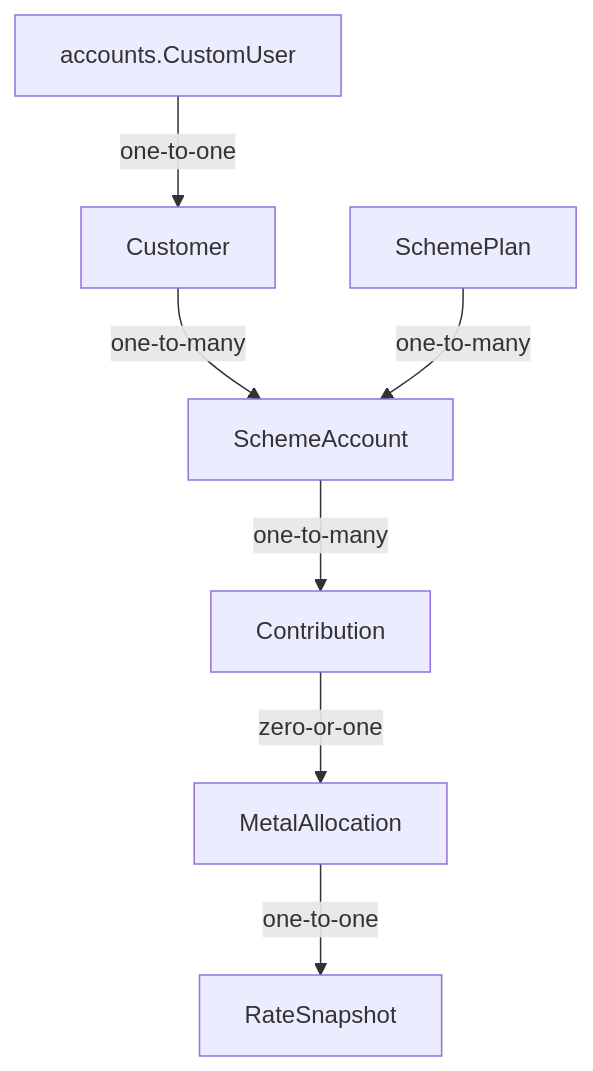
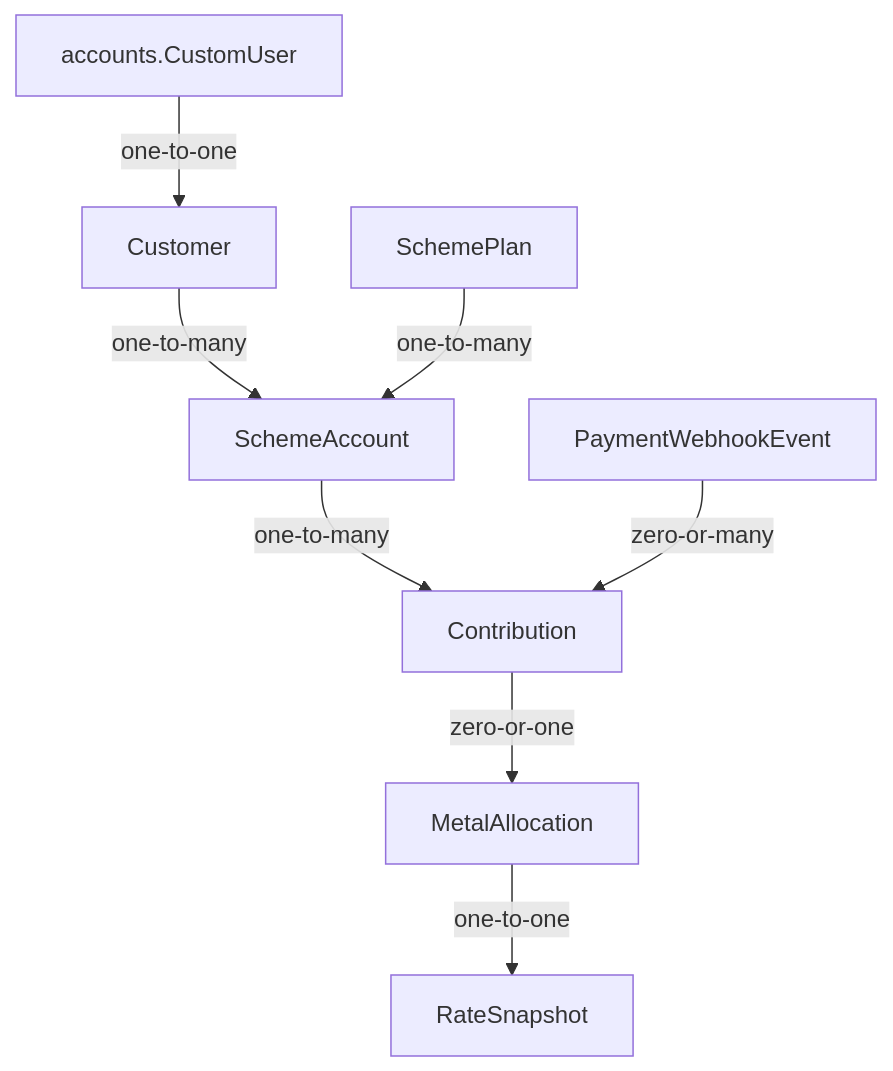
The diagram in docs/ARCHITECTURE.md (rajeshr188/jsk-ss), drawn with Mermaid before and after one commit. The commit also changed other lines of this file and 20 other files, not shown here.

````diff
--- a/docs/ARCHITECTURE.md
+++ b/docs/ARCHITECTURE.md
@@ -15,9 +15,10 @@
 ```mermaid
 graph TD
   U[accounts.CustomUser] -->|one-to-one| C[Customer]
   C -->|one-to-many| A[SchemeAccount]
   P[SchemePlan] -->|one-to-many| A
   A -->|one-to-many| N[Contribution]
+  W[PaymentWebhookEvent] -->|zero-or-many| N
   N -->|zero-or-one| M[MetalAllocation]
   M -->|one-to-one| R[RateSnapshot]
 ```
````
